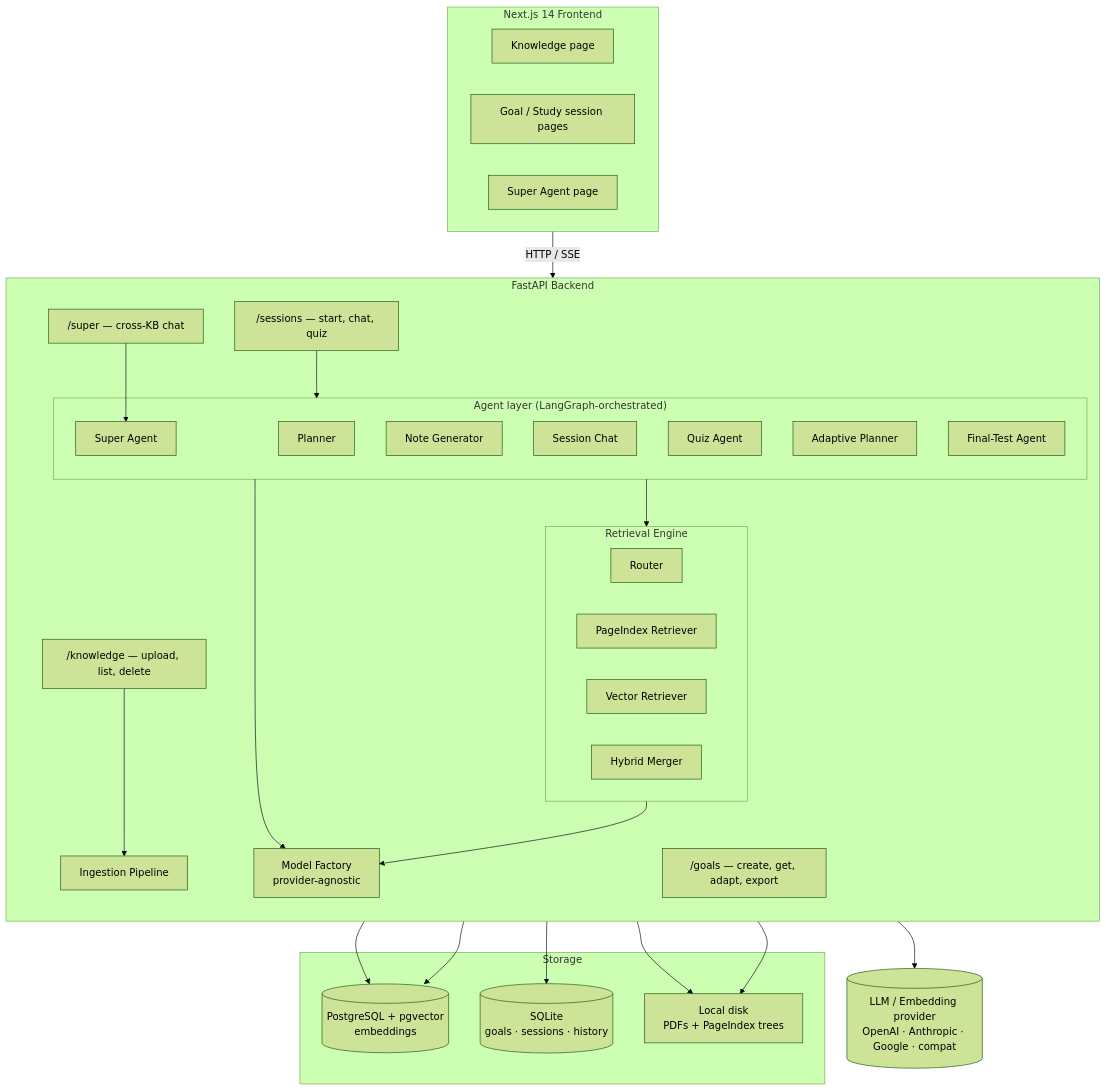
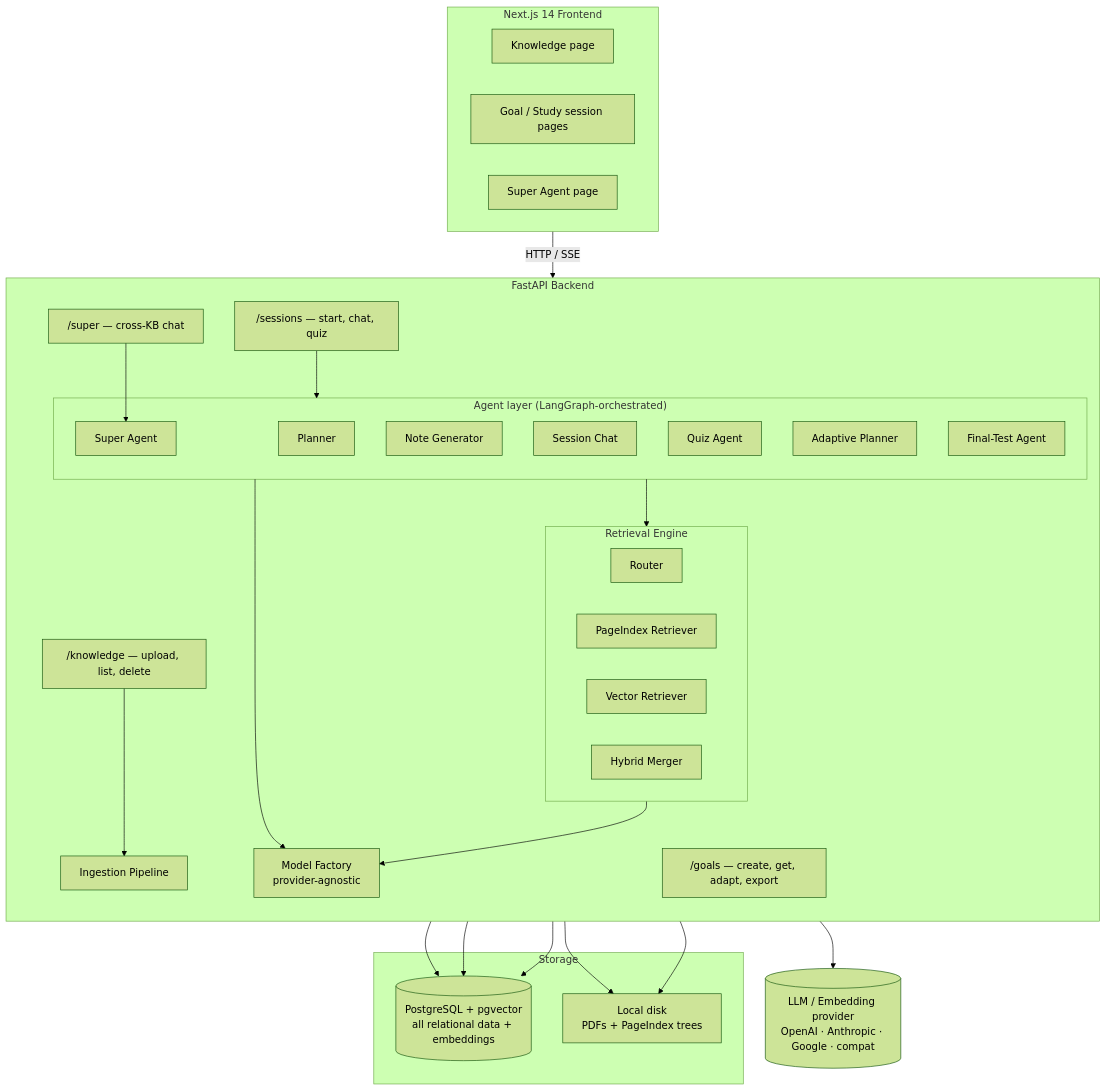
Before and after one commit to Hafiz408/scholar: the first of 2 diagrams in docs/architecture.md, drawn with Mermaid (forest theme). The commit also changed other lines of this file and 12 other files, not shown here.

````diff
--- a/docs/architecture.md
+++ b/docs/architecture.md
@@ -9,55 +9,54 @@
 ```mermaid
 flowchart TB
     subgraph FE["Next.js 14 Frontend"]
         K[Knowledge page]
         G[Goal / Study session pages]
         S[Super Agent page]
     end
 
     subgraph API["FastAPI Backend"]
         direction TB
         R1["/knowledge — upload, list, delete"]
         R2["/goals — create, get, adapt, export"]
         R3["/sessions — start, chat, quiz"]
         R4["/super — cross-KB chat"]
 
         subgraph AG["Agent layer (LangGraph-orchestrated)"]
             PL[Planner]
             NG[Note Generator]
             CH[Session Chat]
             QZ[Quiz Agent]
             AD[Adaptive Planner]
             FT[Final-Test Agent]
             SU[Super Agent]
         end
 
         subgraph RE["Retrieval Engine"]
             RO[Router]
             PI[PageIndex Retriever]
             VE[Vector Retriever]
             HY[Hybrid Merger]
         end
 
         ING[Ingestion Pipeline]
         MF[Model Factory<br/>provider-agnostic]
     end
 
     subgraph DATA["Storage"]
-        PG[(PostgreSQL + pgvector<br/>embeddings)]
-        SQ[(SQLite<br/>goals · sessions · history)]
+        PG[(PostgreSQL + pgvector<br/>all relational data + embeddings)]
         FS[Local disk<br/>PDFs + PageIndex trees]
     end
 
     EXT[(LLM / Embedding provider<br/>OpenAI · Anthropic · Google · compat)]
 
     FE -->|HTTP / SSE| API
     R3 --> AG
     R4 --> SU
     AG --> RE
     R1 --> ING
     ING --> PG & FS
     RE --> PG & FS
     AG --> MF --> EXT
     RE --> MF
-    API --> SQ
+    API --> PG
 ```
````
